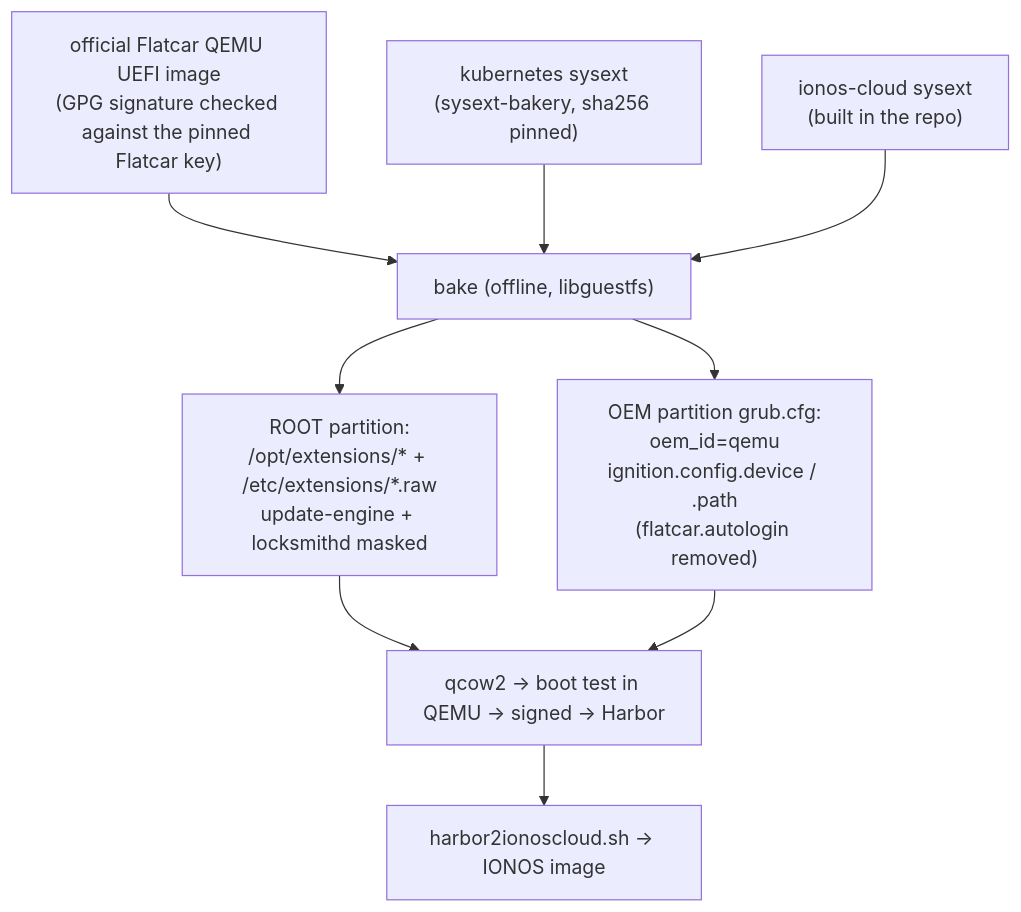
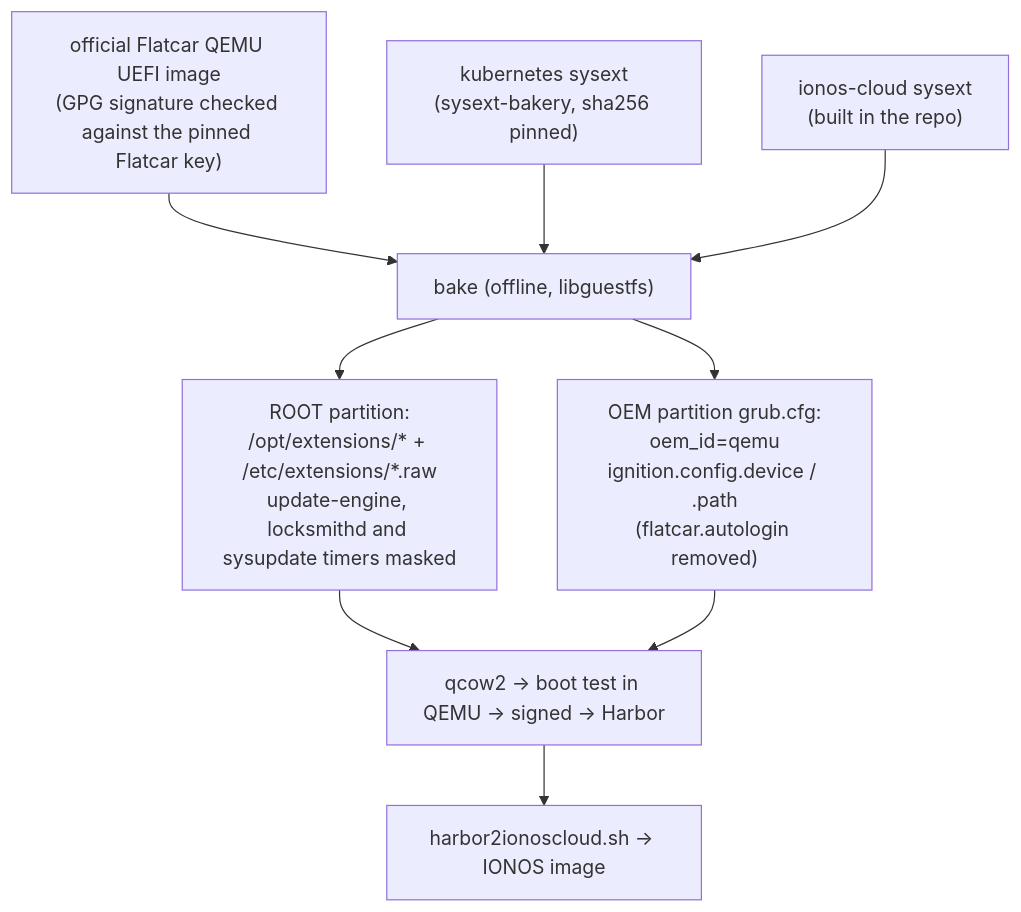
Before and after one commit to ionos-cloud/cluster-api-provider-ionoscloud: the third of 3 diagrams in docs/flatcar-ignition-design.md, drawn with Mermaid. The commit also changed other lines of this file, not shown here.

````diff
--- a/docs/flatcar-ignition-design.md
+++ b/docs/flatcar-ignition-design.md
@@ -107,11 +118,11 @@
 ```mermaid
 flowchart TD
     A["official Flatcar QEMU UEFI image<br/>(GPG signature checked against the pinned Flatcar key)"] --> B
     S1["kubernetes sysext<br/>(sysext-bakery, sha256 pinned)"] --> B
     S2["ionos-cloud sysext<br/>(built in the repo)"] --> B
-    B["bake (offline, libguestfs)"] --> C["ROOT partition:<br/>/opt/extensions/* + /etc/extensions/*.raw<br/>update-engine + locksmithd masked"]
+    B["bake (offline, libguestfs)"] --> C["ROOT partition:<br/>/opt/extensions/* + /etc/extensions/*.raw<br/>update-engine, locksmithd and sysupdate timers masked"]
     B --> D["OEM partition grub.cfg:<br/>oem_id=qemu<br/>ignition.config.device / .path<br/>(flatcar.autologin removed)"]
     C --> E["qcow2 → boot test in QEMU → signed → Harbor"]
     D --> E
     E --> F["harbor2ionoscloud.sh → IONOS image"]
 ```
````
